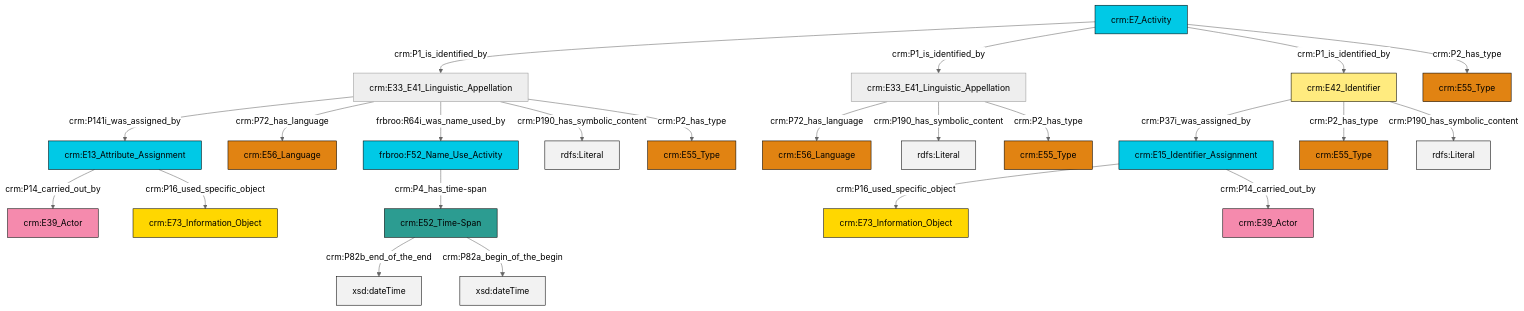
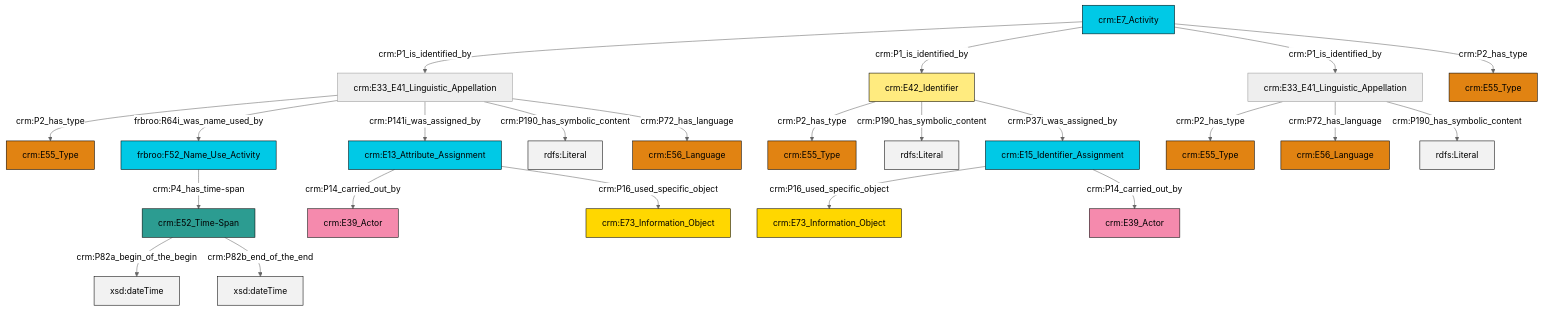
Before and after one commit to swiss-art-research-net/reference-data-models: the diagram in et/eventCSV/ttl/mmd/event_name.ttl.mmd, drawn with Mermaid (neutral theme). The commit also changed 123 other files, not shown here.

```diff
--- a/et/eventCSV/ttl/mmd/event_name.ttl.mmd
+++ b/et/eventCSV/ttl/mmd/event_name.ttl.mmd
@@ -1,37 +1,37 @@
 graph TD
 classDef Literal fill:#f2f2f2,stroke:#000000;
 classDef CRM_Entity fill:#FFFFFF,stroke:#000000;
 classDef Temporal_Entity fill:#00C9E6, stroke:#000000;
 classDef Type fill:#E18312, stroke:#000000;
 classDef Time-Span fill:#2C9C91, stroke:#000000;
 classDef Appellation fill:#FFEB7F, stroke:#000000;
 classDef Place fill:#008836, stroke:#000000;
 classDef Persistent_Item fill:#B266B2, stroke:#000000;
 classDef Conceptual_Object fill:#FFD700, stroke:#000000;
 classDef Physical_Thing fill:#D2B48C, stroke:#000000;
 classDef Actor fill:#f58aad, stroke:#000000;
 classDef PC_Classes fill:#4ce600, stroke:#000000;
 classDef Multi fill:#cccccc,stroke:#000000;
 
-6["crm:E13_Attribute_Assignment"]:::Temporal_Entity -->|crm:P14_carried_out_by| 7["crm:E39_Actor"]:::Actor
-8["crm:E33_E41_Linguistic_Appellation"]:::Default -->|crm:P141i_was_assigned_by| 6["crm:E13_Attribute_Assignment"]:::Temporal_Entity
-8["crm:E33_E41_Linguistic_Appellation"]:::Default -->|crm:P72_has_language| 11["crm:E56_Language"]:::Type
-2["crm:E7_Activity"]:::Temporal_Entity -->|crm:P1_is_identified_by| 8["crm:E33_E41_Linguistic_Appellation"]:::Default
-14["crm:E33_E41_Linguistic_Appellation"]:::Default -->|crm:P72_has_language| 15["crm:E56_Language"]:::Type
-8["crm:E33_E41_Linguistic_Appellation"]:::Default -->|frbroo:R64i_was_name_used_by| 9["frbroo:F52_Name_Use_Activity"]:::Temporal_Entity
-8["crm:E33_E41_Linguistic_Appellation"]:::Default -->|crm:P190_has_symbolic_content| 22[rdfs:Literal]:::Literal
-23["crm:E52_Time-Span"]:::Time-Span -->|crm:P82b_end_of_the_end| 24[xsd:dateTime]:::Literal
-19["crm:E15_Identifier_Assignment"]:::Temporal_Entity -->|crm:P16_used_specific_object| 25["crm:E73_Information_Object"]:::Conceptual_Object
-2["crm:E7_Activity"]:::Temporal_Entity -->|crm:P1_is_identified_by| 14["crm:E33_E41_Linguistic_Appellation"]:::Default
-4["crm:E42_Identifier"]:::Appellation -->|crm:P37i_was_assigned_by| 19["crm:E15_Identifier_Assignment"]:::Temporal_Entity
-8["crm:E33_E41_Linguistic_Appellation"]:::Default -->|crm:P2_has_type| 17["crm:E55_Type"]:::Type
-14["crm:E33_E41_Linguistic_Appellation"]:::Default -->|crm:P190_has_symbolic_content| 33[rdfs:Literal]:::Literal
-19["crm:E15_Identifier_Assignment"]:::Temporal_Entity -->|crm:P14_carried_out_by| 26["crm:E39_Actor"]:::Actor
-4["crm:E42_Identifier"]:::Appellation -->|crm:P2_has_type| 12["crm:E55_Type"]:::Type
-9["frbroo:F52_Name_Use_Activity"]:::Temporal_Entity -->|crm:P4_has_time-span| 23["crm:E52_Time-Span"]:::Time-Span
-23["crm:E52_Time-Span"]:::Time-Span -->|crm:P82a_begin_of_the_begin| 36[xsd:dateTime]:::Literal
-4["crm:E42_Identifier"]:::Appellation -->|crm:P190_has_symbolic_content| 37[rdfs:Literal]:::Literal
-2["crm:E7_Activity"]:::Temporal_Entity -->|crm:P1_is_identified_by| 4["crm:E42_Identifier"]:::Appellation
-14["crm:E33_E41_Linguistic_Appellation"]:::Default -->|crm:P2_has_type| 31["crm:E55_Type"]:::Type
-2["crm:E7_Activity"]:::Temporal_Entity -->|crm:P2_has_type| 38["crm:E55_Type"]:::Type
-6["crm:E13_Attribute_Assignment"]:::Temporal_Entity -->|crm:P16_used_specific_object| 0["crm:E73_Information_Object"]:::Conceptual_Object
+0["crm:E52_Time-Span"]:::Time-Span -->|crm:P82a_begin_of_the_begin| 1[xsd:dateTime]:::Literal
+4["crm:E33_E41_Linguistic_Appellation"]:::Default -->|crm:P2_has_type| 5["crm:E55_Type"]:::Type
+0["crm:E52_Time-Span"]:::Time-Span -->|crm:P82b_end_of_the_end| 8[xsd:dateTime]:::Literal
+9["crm:E13_Attribute_Assignment"]:::Temporal_Entity -->|crm:P14_carried_out_by| 10["crm:E39_Actor"]:::Actor
+11["frbroo:F52_Name_Use_Activity"]:::Temporal_Entity -->|crm:P4_has_time-span| 0["crm:E52_Time-Span"]:::Time-Span
+4["crm:E33_E41_Linguistic_Appellation"]:::Default -->|frbroo:R64i_was_name_used_by| 11["frbroo:F52_Name_Use_Activity"]:::Temporal_Entity
+6["crm:E42_Identifier"]:::Appellation -->|crm:P2_has_type| 18["crm:E55_Type"]:::Type
+21["crm:E7_Activity"]:::Temporal_Entity -->|crm:P1_is_identified_by| 4["crm:E33_E41_Linguistic_Appellation"]:::Default
+4["crm:E33_E41_Linguistic_Appellation"]:::Default -->|crm:P141i_was_assigned_by| 9["crm:E13_Attribute_Assignment"]:::Temporal_Entity
+21["crm:E7_Activity"]:::Temporal_Entity -->|crm:P1_is_identified_by| 6["crm:E42_Identifier"]:::Appellation
+22["crm:E15_Identifier_Assignment"]:::Temporal_Entity -->|crm:P16_used_specific_object| 23["crm:E73_Information_Object"]:::Conceptual_Object
+21["crm:E7_Activity"]:::Temporal_Entity -->|crm:P1_is_identified_by| 14["crm:E33_E41_Linguistic_Appellation"]:::Default
+6["crm:E42_Identifier"]:::Appellation -->|crm:P190_has_symbolic_content| 25[rdfs:Literal]:::Literal
+14["crm:E33_E41_Linguistic_Appellation"]:::Default -->|crm:P2_has_type| 12["crm:E55_Type"]:::Type
+6["crm:E42_Identifier"]:::Appellation -->|crm:P37i_was_assigned_by| 22["crm:E15_Identifier_Assignment"]:::Temporal_Entity
+14["crm:E33_E41_Linguistic_Appellation"]:::Default -->|crm:P72_has_language| 26["crm:E56_Language"]:::Type
+21["crm:E7_Activity"]:::Temporal_Entity -->|crm:P2_has_type| 16["crm:E55_Type"]:::Type
+22["crm:E15_Identifier_Assignment"]:::Temporal_Entity -->|crm:P14_carried_out_by| 2["crm:E39_Actor"]:::Actor
+4["crm:E33_E41_Linguistic_Appellation"]:::Default -->|crm:P190_has_symbolic_content| 37[rdfs:Literal]:::Literal
+9["crm:E13_Attribute_Assignment"]:::Temporal_Entity -->|crm:P16_used_specific_object| 29["crm:E73_Information_Object"]:::Conceptual_Object
+4["crm:E33_E41_Linguistic_Appellation"]:::Default -->|crm:P72_has_language| 35["crm:E56_Language"]:::Type
+14["crm:E33_E41_Linguistic_Appellation"]:::Default -->|crm:P190_has_symbolic_content| 40[rdfs:Literal]:::Literal
```
